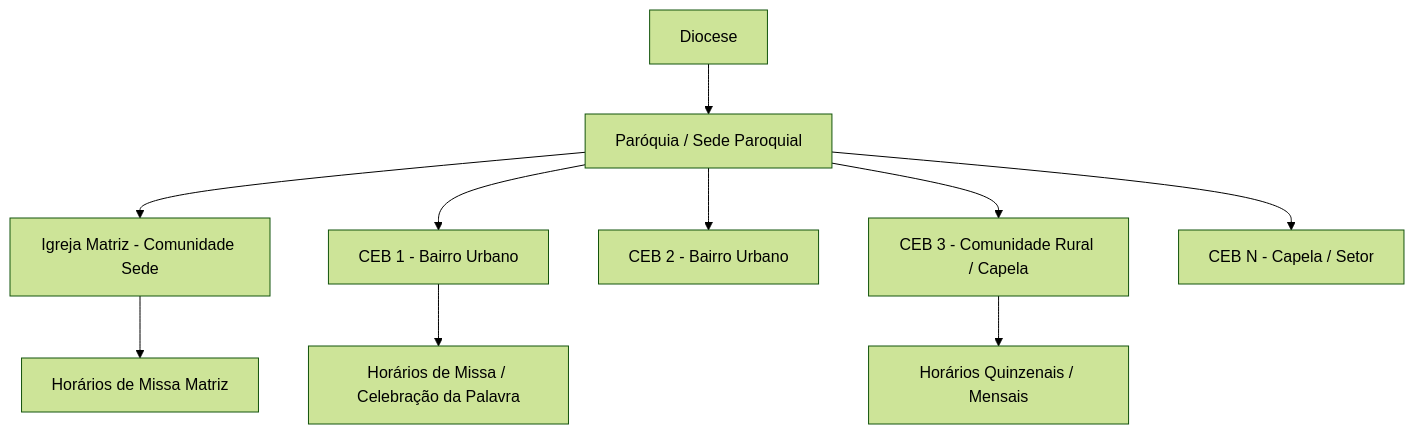
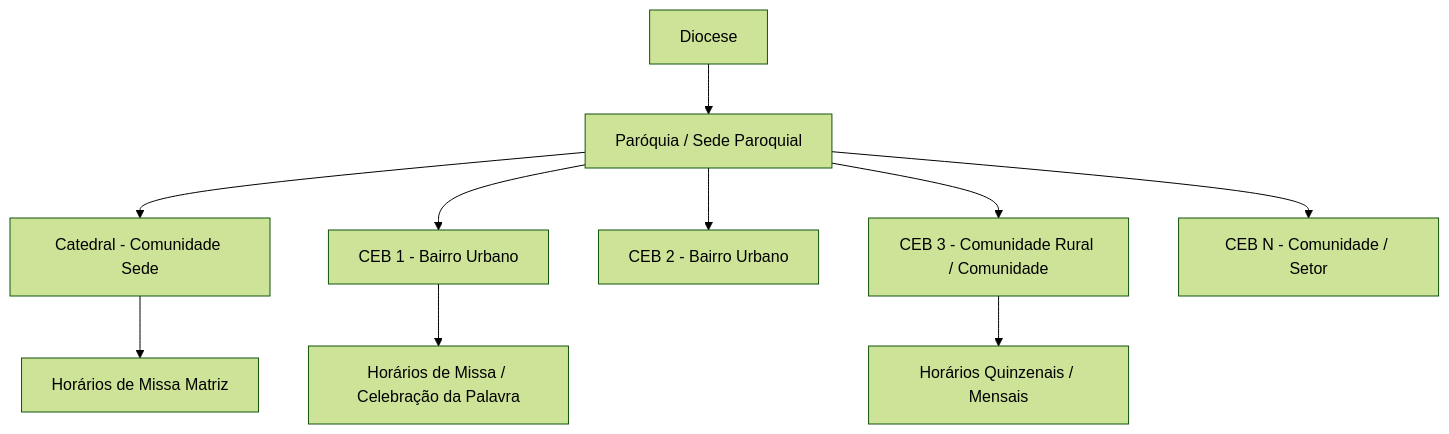
Before and after one commit to ecclesiamapp/user: the diagram in [documentation]/planejamento/ESCOPO_HIERARQUIA_CEBS.md, drawn with Mermaid (forest theme). The commit also changed other lines of this file and 151 other files, not shown here.

````diff
--- a/[documentation]/planejamento/ESCOPO_HIERARQUIA_CEBS.md
+++ b/[documentation]/planejamento/ESCOPO_HIERARQUIA_CEBS.md
@@ -14,13 +14,13 @@
 ```mermaid
 graph TD
     A[Diocese] --> B[Paróquia / Sede Paroquial]
-    B --> C[Igreja Matriz - Comunidade Sede]
+    B --> C[Catedral - Comunidade Sede]
     B --> D[CEB 1 - Bairro Urbano]
     B --> E[CEB 2 - Bairro Urbano]
-    B --> F[CEB 3 - Comunidade Rural / Capela]
-    B --> G[CEB N - Capela / Setor]
+    B --> F[CEB 3 - Comunidade Rural / Comunidade]
+    B --> G[CEB N - Comunidade / Setor]
     
     C --> H[Horários de Missa Matriz]
     D --> I[Horários de Missa / Celebração da Palavra]
     F --> J[Horários Quinzenais / Mensais]
 ```
````
